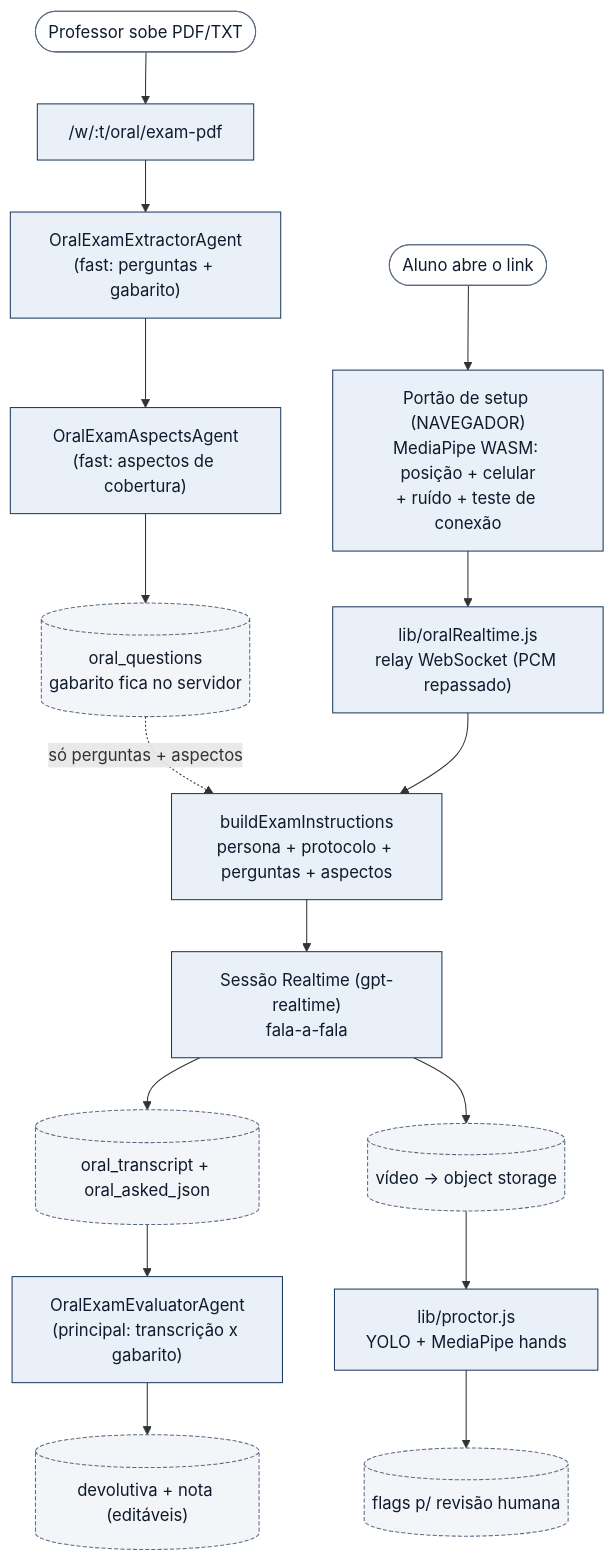
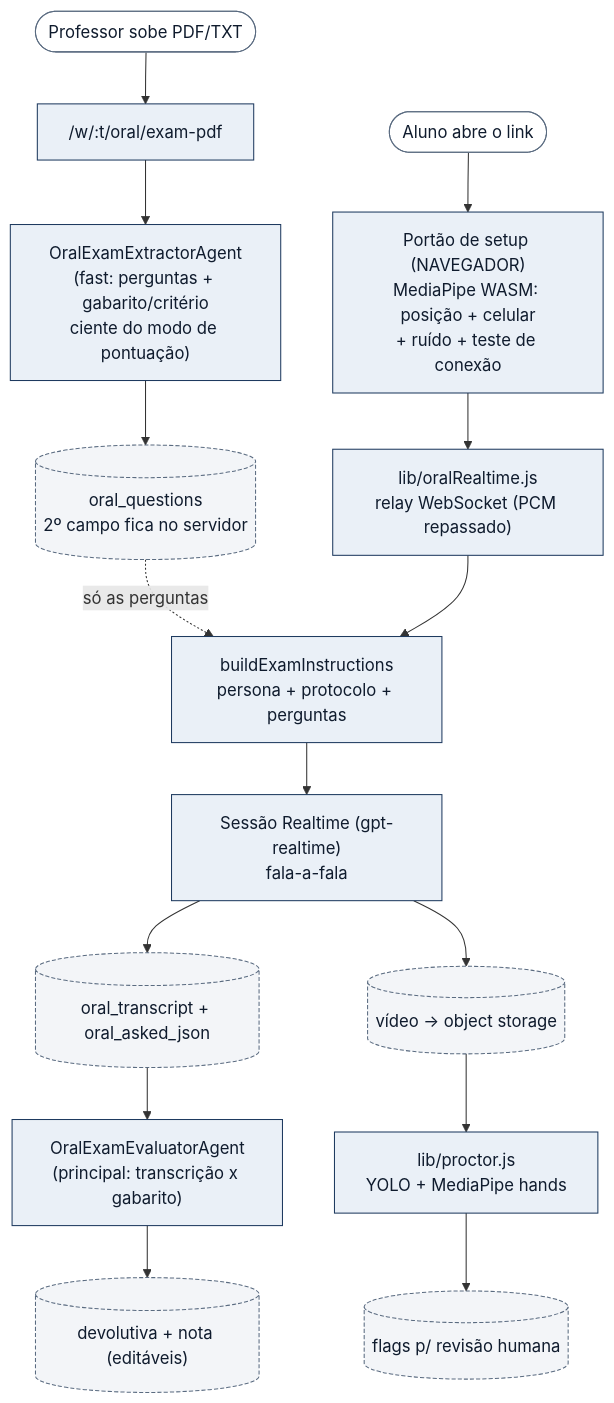
One commit to gladsjr/super-ta changed the fourth of 4 diagrams in docs/architecture.md. Above: the diagram before and after it, drawn with Mermaid. The commit also changed other lines of this file and 13 other files, not shown here.

````diff
--- a/docs/architecture.md
+++ b/docs/architecture.md
@@ -266,39 +265,37 @@
 ```mermaid
 flowchart TD
-  %% PROFESSOR: sobe a prova → extrai perguntas + aspectos.
+  %% PROFESSOR: sobe a prova → extrai perguntas + 2º campo (ciente do modo).
   ExamUp([Professor sobe PDF/TXT]) --> ExamPdf["/w/:t/oral/exam-pdf"]
-  ExamPdf --> Extractor["OralExamExtractorAgent<br/>(fast: perguntas + gabarito)"]
-  Extractor --> Aspects["OralExamAspectsAgent<br/>(fast: aspectos de cobertura)"]
-  Aspects --> Questions[("oral_questions<br/>gabarito fica no servidor")]
+  ExamPdf --> Extractor["OralExamExtractorAgent<br/>(fast: perguntas + gabarito/critério<br/>ciente do modo de pontuação)"]
+  Extractor --> Questions[("oral_questions<br/>2º campo fica no servidor")]
 
   %% ALUNO: consentimento → portão no NAVEGADOR → relay Realtime.
   StuStart([Aluno abre o link]) --> Setup["Portão de setup (NAVEGADOR)<br/>MediaPipe WASM: posição + celular<br/>+ ruído + teste de conexão"]
   Setup --> Relay["lib/oralRealtime.js<br/>relay WebSocket (PCM repassado)"]
-  Questions -.->|"só perguntas + aspectos"| BuildInstr
-  Relay --> BuildInstr["buildExamInstructions<br/>persona + protocolo + perguntas + aspectos"]
+  Questions -.->|"só as perguntas"| BuildInstr
+  Relay --> BuildInstr["buildExamInstructions<br/>persona + protocolo + perguntas"]
   BuildInstr --> RT["Sessão Realtime (gpt-realtime)<br/>fala-a-fala"]
   RT --> Transcript[("oral_transcript + oral_asked_json")]
   RT --> Video[("vídeo → object storage")]
 
   %% PÓS-PROVA: avaliação + proctoring (lote, com streaming NDJSON).
   Transcript --> Evaluator["OralExamEvaluatorAgent<br/>(principal: transcrição x gabarito)"]
   Evaluator --> Devol[("devolutiva + nota (editáveis)")]
   Video --> Proctor["lib/proctor.js<br/>YOLO + MediaPipe hands"]
   Proctor --> Flags[("flags p/ revisão humana")]
 
   classDef agent fill:#eaf0f7,stroke:#1e3a5f,color:#0f1b2d;
   classDef state fill:#f3f5f8,stroke:#5a6b80,color:#0f1b2d,stroke-dasharray: 4 2;
   classDef entry fill:#ffffff,stroke:#5a6b80,color:#0f1b2d;
-  class ExamPdf,Extractor,Aspects,Setup,Relay,BuildInstr,RT,Evaluator,Proctor agent
+  class ExamPdf,Extractor,Setup,Relay,BuildInstr,RT,Evaluator,Proctor agent
   class Questions,Transcript,Video,Devol,Flags state
   class ExamUp,StuStart entry
 
   click ExamPdf "vscode://file/c:/Users/glads/src/super-ta/routes/oralExam.js" "Handler /oral/exam-pdf (PDF ou TXT)"
-  click Extractor "vscode://file/c:/Users/glads/src/super-ta/agents/OralExamExtractorAgent.js:33" "systemPrompt do OralExamExtractorAgent"
-  click Aspects "vscode://file/c:/Users/glads/src/super-ta/agents/OralExamAspectsAgent.js" "OralExamAspectsAgent"
+  click Extractor "vscode://file/c:/Users/glads/src/super-ta/agents/OralExamExtractorAgent.js:36" "sysFor(mode) do OralExamExtractorAgent"
   click Relay "vscode://file/c:/Users/glads/src/super-ta/lib/oralRealtime.js" "attachOralRelay (relay WebSocket)"
   click BuildInstr "vscode://file/c:/Users/glads/src/super-ta/lib/oralRealtime.js" "buildExamInstructions"
   click RT "vscode://file/c:/Users/glads/src/super-ta/lib/oralRealtime.js" "Sessão Realtime"
-  click Evaluator "vscode://file/c:/Users/glads/src/super-ta/agents/OralExamEvaluatorAgent.js:33" "systemPrompt do OralExamEvaluatorAgent"
+  click Evaluator "vscode://file/c:/Users/glads/src/super-ta/agents/OralExamEvaluatorAgent.js:45" "sysFor(mode) do OralExamEvaluatorAgent"
   click Proctor "vscode://file/c:/Users/glads/src/super-ta/lib/proctor.js" "analyzeOralVideo (proctoring de vídeo)"
 ```
````
